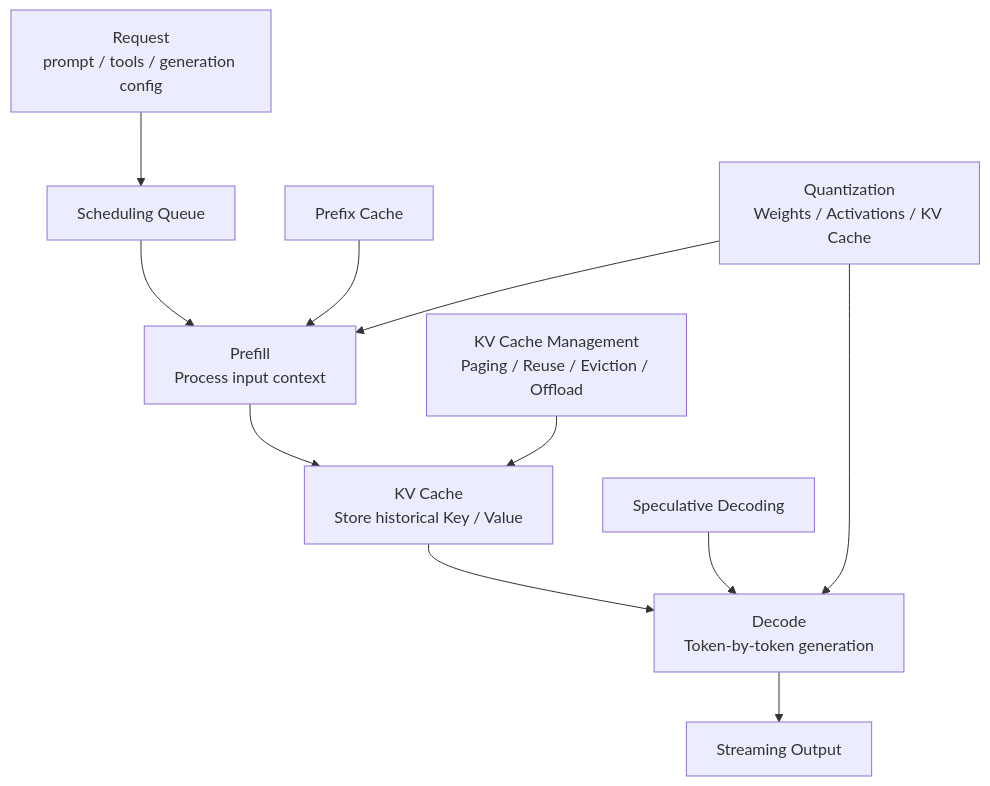
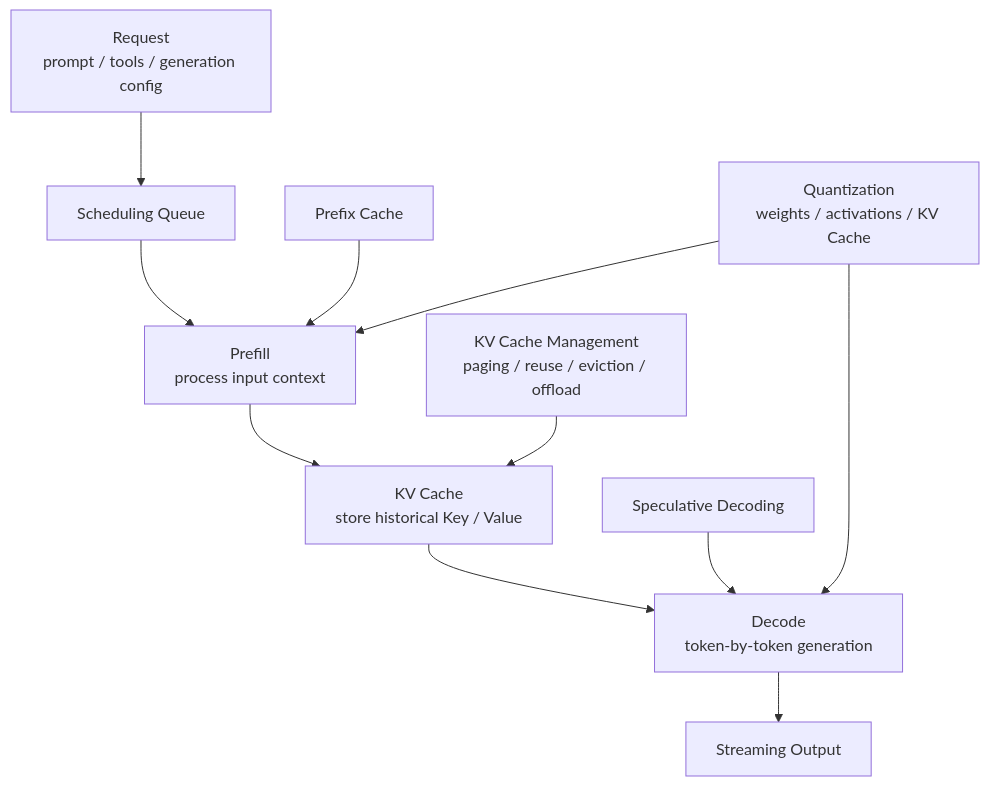
The first of 2 diagrams in docs/part02-model-inference/en/ch07.md (datagallery-lab/enterprise_agent_platform_engineering), drawn with Mermaid before and after one commit. The commit also changed other lines of this file and 66 other files, not shown here.

````diff
--- a/docs/part02-model-inference/en/ch07.md
+++ b/docs/part02-model-inference/en/ch07.md
@@ -34,14 +25,14 @@
 ```mermaid
 flowchart TD
     Req["Request<br/>prompt / tools / generation config"] --> Queue["Scheduling Queue"]
-    Queue --> Prefill["Prefill<br/>Process input context"]
-    Prefill --> KV["KV Cache<br/>Store historical Key / Value"]
-    KV --> Decode["Decode<br/>Token-by-token generation"]
+    Queue --> Prefill["Prefill<br/>process input context"]
+    Prefill --> KV["KV Cache<br/>store historical Key / Value"]
+    KV --> Decode["Decode<br/>token-by-token generation"]
     Decode --> Out["Streaming Output"]
 
     Prefix["Prefix Cache"] --> Prefill
     Spec["Speculative Decoding"] --> Decode
-    Quant["Quantization<br/>Weights / Activations / KV Cache"] --> Prefill
+    Quant["Quantization<br/>weights / activations / KV Cache"] --> Prefill
     Quant --> Decode
-    KVOpt["KV Cache Management<br/>Paging / Reuse / Eviction / Offload"] --> KV
+    KVOpt["KV Cache Management<br/>paging / reuse / eviction / offload"] --> KV
 ```
````
